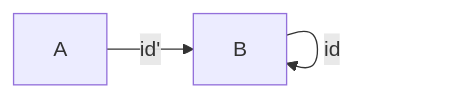
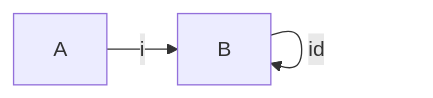
Before and after one commit to AgustinRamiroDiaz/LCC-CM2: the second of 4 diagrams in Unidad 4/p4.md, drawn with Mermaid. The commit also changed other lines of this file and 1 other file, not shown here.

````diff
--- a/Unidad 4/p4.md
+++ b/Unidad 4/p4.md
@@ -149,5 +147,5 @@
 ```mermaid
 graph LR;
-    A-->|id'|B
+    A-->|i|B
     B-->|id|B
 ```
````
